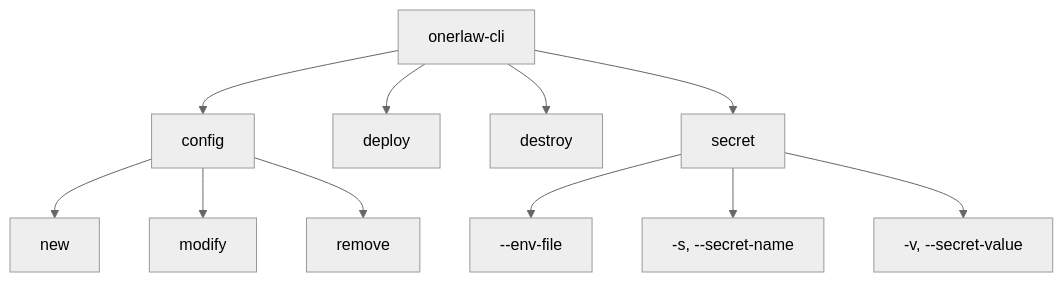
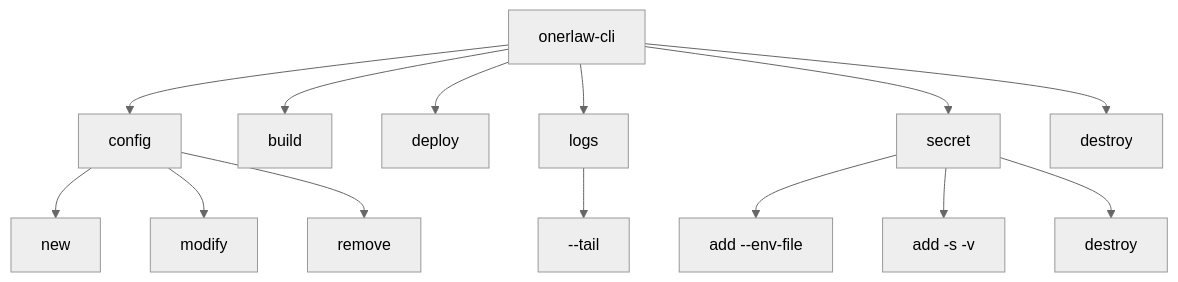
One commit to honerlaw/onerlaw-cli changed the first of 3 diagrams in README.md. Above: the diagram before and after it, drawn with Mermaid (neutral theme). The commit also changed other lines of this file and 2 other files, not shown here.

````diff
--- a/README.md
+++ b/README.md
@@ -24,14 +31,17 @@
 ```mermaid
 graph TD
     A[onerlaw-cli]
     A --> B[config]
     B --> B1[new]
     B --> B2[modify]
     B --> B3[remove]
-    A --> C[deploy]
-    A --> D[destroy]
-    A --> E[secret]
-    E --> E1[--env-file <path>]
-    E --> E2[-s, --secret-name <name>]
-    E --> E3[-v, --secret-value <value>]
+    A --> C[build]
+    A --> D[deploy]
+    A --> E[logs]
+    E --> E1[--tail]
+    A --> F[secret]
+    F --> F1[add --env-file <path>]
+    F --> F2[add -s <name> -v <value>]
+    F --> F3[destroy]
+    A --> G[destroy]
 ```
````
